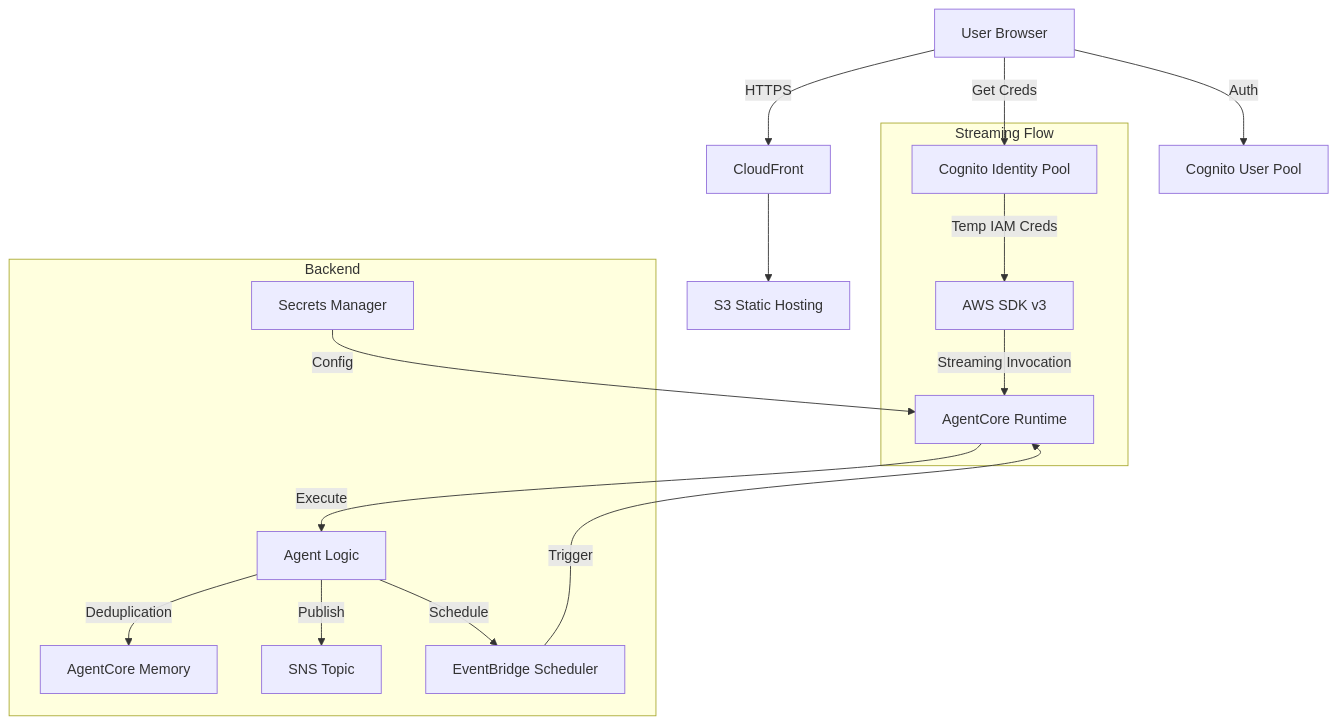
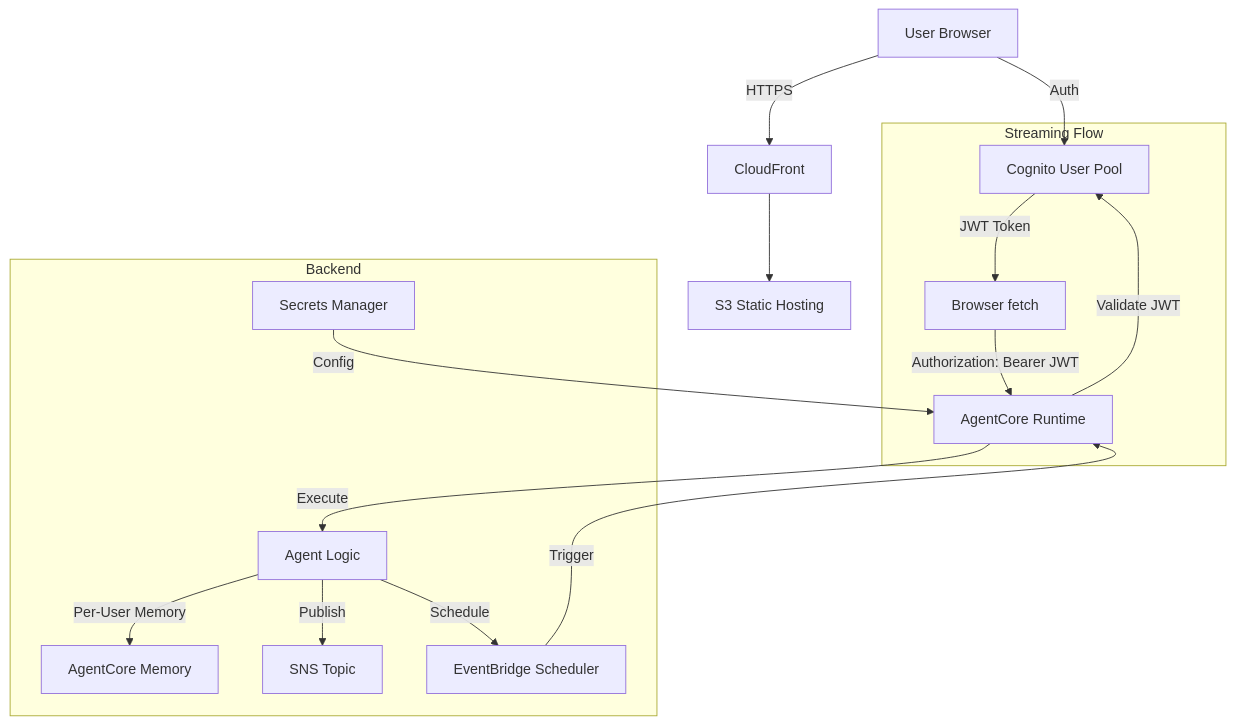
One commit to labeveryday/aws-whats-new-alerts changed the diagram in agent/README.md. Above: the diagram before and after it, drawn with Mermaid. The commit also changed other lines of this file and 6 other files, not shown here.

First line of the commit message:
Fix memory persistence and add JWT-based per-user isolation

````diff
--- a/agent/README.md
+++ b/agent/README.md
@@ -18,21 +18,21 @@
 ```mermaid
 graph TD
     User[User Browser] -->|HTTPS| CF[CloudFront]
     CF --> S3[S3 Static Hosting]
     User -->|Auth| Cognito[Cognito User Pool]
-    User -->|Get Creds| Identity[Cognito Identity Pool]
-    
+
     subgraph "Streaming Flow"
-        Identity -->|Temp IAM Creds| SDK[AWS SDK v3]
-        SDK -->|Streaming Invocation| Runtime[AgentCore Runtime]
+        Cognito -->|JWT Token| Fetch[Browser fetch]
+        Fetch -->|Authorization: Bearer JWT| Runtime[AgentCore Runtime]
+        Runtime -->|Validate JWT| Cognito
     end
-    
+
     subgraph "Backend"
         Secrets[Secrets Manager] -->|Config| Runtime
         Runtime -->|Execute| Agent[Agent Logic]
-        Agent -->|Deduplication| Memory[AgentCore Memory]
+        Agent -->|Per-User Memory| Memory[AgentCore Memory]
         Agent -->|Publish| SNS[SNS Topic]
         Agent -->|Schedule| Scheduler[EventBridge Scheduler]
         Scheduler -->|Trigger| Runtime
     end
 ```
````
